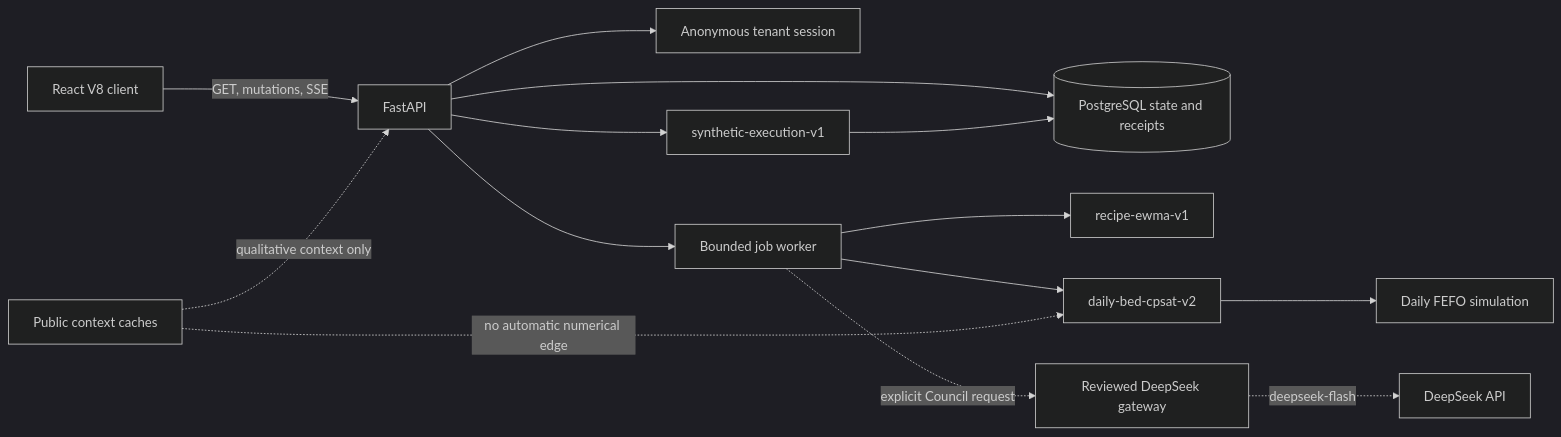
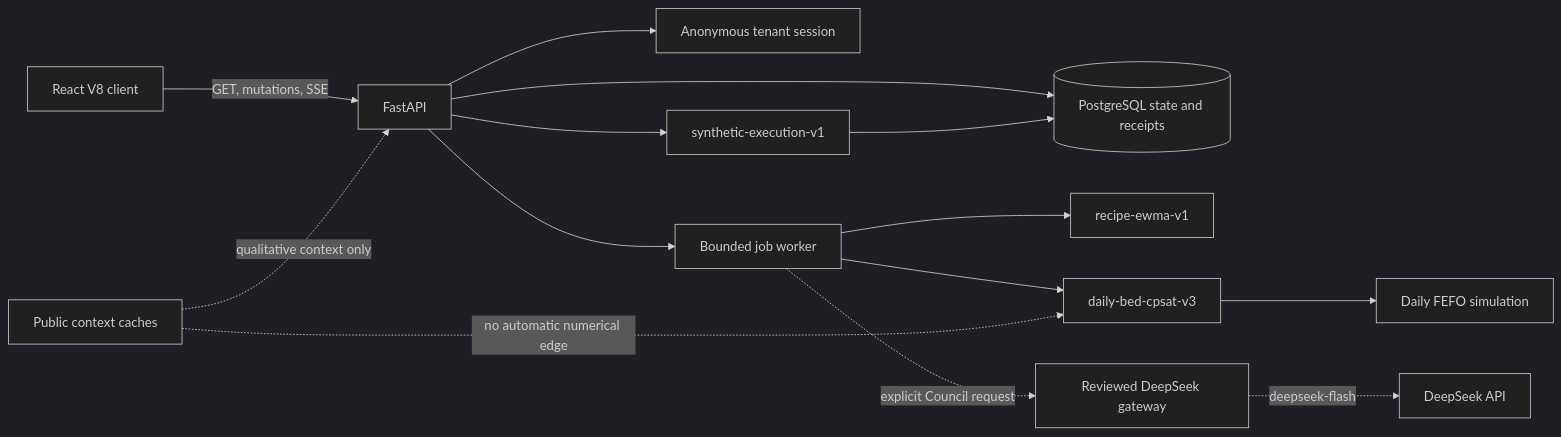
The first of 6 diagrams in docs/technical/v8-remediation-report.md (phuawenpu/FarmTact), drawn with Mermaid (dark theme) before and after one commit. The commit also changed other lines of this file and 35 other files, not shown here.

````diff
--- a/docs/technical/v8-remediation-report.md
+++ b/docs/technical/v8-remediation-report.md
@@ -59,16 +59,16 @@
 ```mermaid
 flowchart LR
     UI[React V8 client] -->|GET, mutations, SSE| API[FastAPI]
     API --> Auth[Anonymous tenant session]
     API --> DB[(PostgreSQL state and receipts)]
     API --> Worker[Bounded job worker]
     Worker --> Forecast[recipe-ewma-v1]
-    Worker --> Planner[daily-bed-cpsat-v2]
+    Worker --> Planner[daily-bed-cpsat-v3]
     Planner --> Replay[Daily FEFO simulation]
     API --> World[synthetic-execution-v1]
     World --> DB
     Worker -. explicit Council request .-> Gateway[Reviewed DeepSeek gateway]
     Gateway -. deepseek-flash .-> Provider[DeepSeek API]
     Public[Public context caches] -. qualitative context only .-> API
     Public -. no automatic numerical edge .-> Planner
 ```
````
